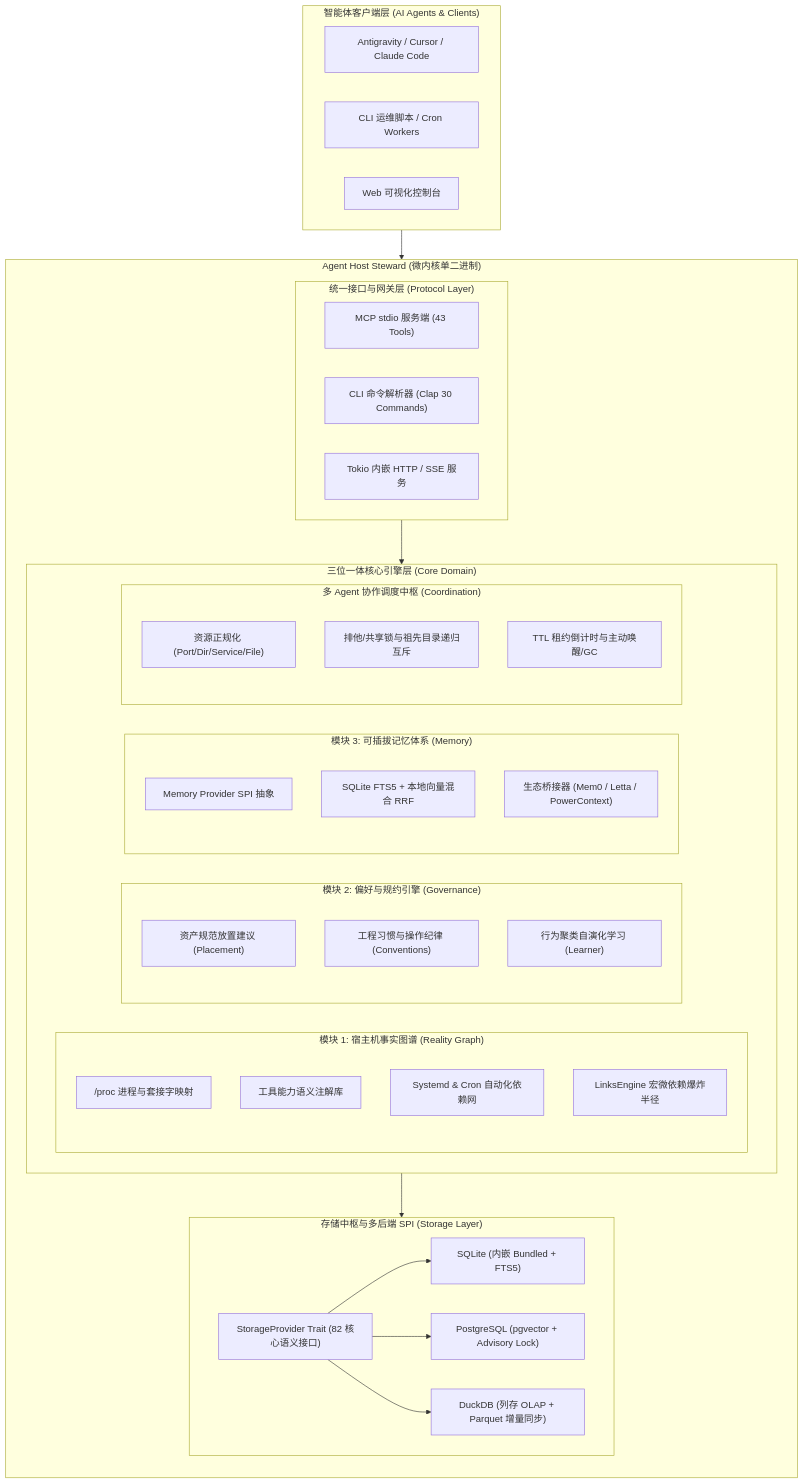
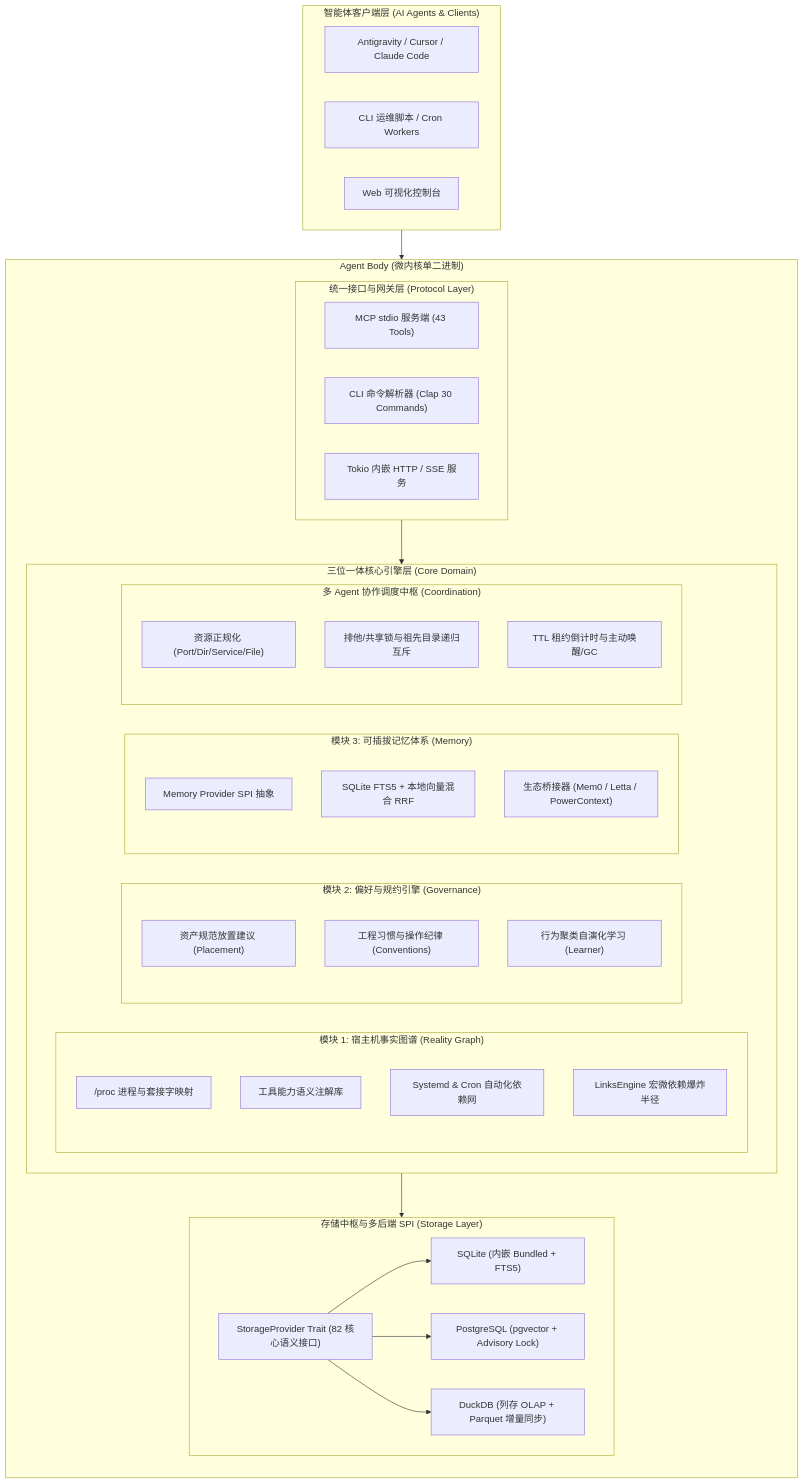
The first of 4 diagrams in docs/arch/01-for-architects.md (digoal/agent-body), drawn with Mermaid before and after one commit. The commit also changed other lines of this file and 111 other files, not shown here.

Commit message:
feat: rename project to agent-body across code, 43 MCP tools, Web UI, Hooks, Mesh, SKILLs, HTML & docs (#31)

````diff
--- a/docs/arch/01-for-architects.md
+++ b/docs/arch/01-for-architects.md
@@ -41,59 +41,59 @@
 ```mermaid
 graph TD
     subgraph Clients["智能体客户端层 (AI Agents & Clients)"]
         A1["Antigravity / Cursor / Claude Code"]
         A2["CLI 运维脚本 / Cron Workers"]
         A3["Web 可视化控制台"]
     end
 
-    subgraph Steward["Agent Host Steward (微内核单二进制)"]
+    subgraph Steward["Agent Body (微内核单二进制)"]
         direction TB
         
         subgraph Protocols["统一接口与网关层 (Protocol Layer)"]
             P1["MCP stdio 服务端 (43 Tools)"]
             P2["CLI 命令解析器 (Clap 30 Commands)"]
             P3["Tokio 内嵌 HTTP / SSE 服务"]
         end
 
         subgraph Core["三位一体核心引擎层 (Core Domain)"]
             subgraph M1["模块 1: 宿主机事实图谱 (Reality Graph)"]
                 F1["/proc 进程与套接字映射"]
                 F2["工具能力语义注解库"]
                 F3["Systemd & Cron 自动化依赖网"]
                 F4["LinksEngine 宏微依赖爆炸半径"]
             end
 
             subgraph M2["模块 2: 偏好与规约引擎 (Governance)"]
                 G1["资产规范放置建议 (Placement)"]
                 G2["工程习惯与操作纪律 (Conventions)"]
                 G3["行为聚类自演化学习 (Learner)"]
             end
 
             subgraph M3["模块 3: 可插拔记忆体系 (Memory)"]
                 Mem1["Memory Provider SPI 抽象"]
                 Mem2["SQLite FTS5 + 本地向量混合 RRF"]
                 Mem3["生态桥接器 (Mem0 / Letta / PowerContext)"]
             end
 
             subgraph Coordination["多 Agent 协作调度中枢 (Coordination)"]
                 C1["资源正规化 (Port/Dir/Service/File)"]
                 C2["排他/共享锁与祖先目录递归互斥"]
                 C3["TTL 租约倒计时与主动唤醒/GC"]
             end
         end
 
         subgraph StorageSPI["存储中枢与多后端 SPI (Storage Layer)"]
             S_SPI["StorageProvider Trait (82 核心语义接口)"]
             S_SQLITE["SQLite (内嵌 Bundled + FTS5)"]
             S_PG["PostgreSQL (pgvector + Advisory Lock)"]
             S_DUCK["DuckDB (列存 OLAP + Parquet 增量同步)"]
         end
     end
 
     Clients --> Protocols
     Protocols --> Core
     Core --> StorageSPI
     S_SPI --> S_SQLITE
     S_SPI --> S_PG
     S_SPI --> S_DUCK
 ```
````
